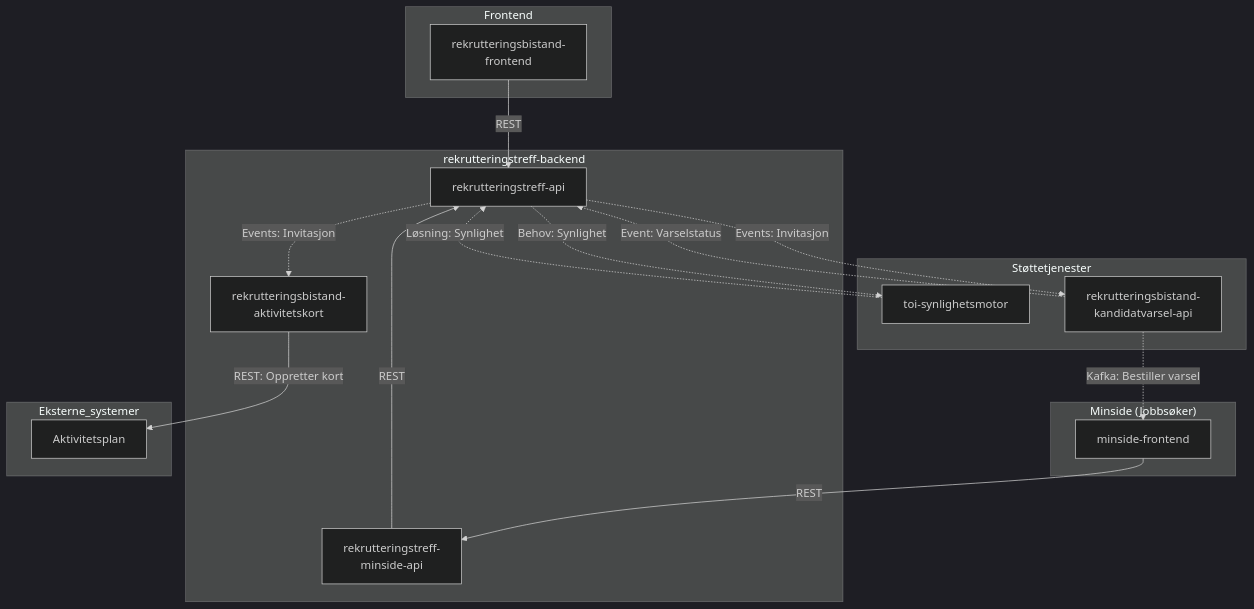
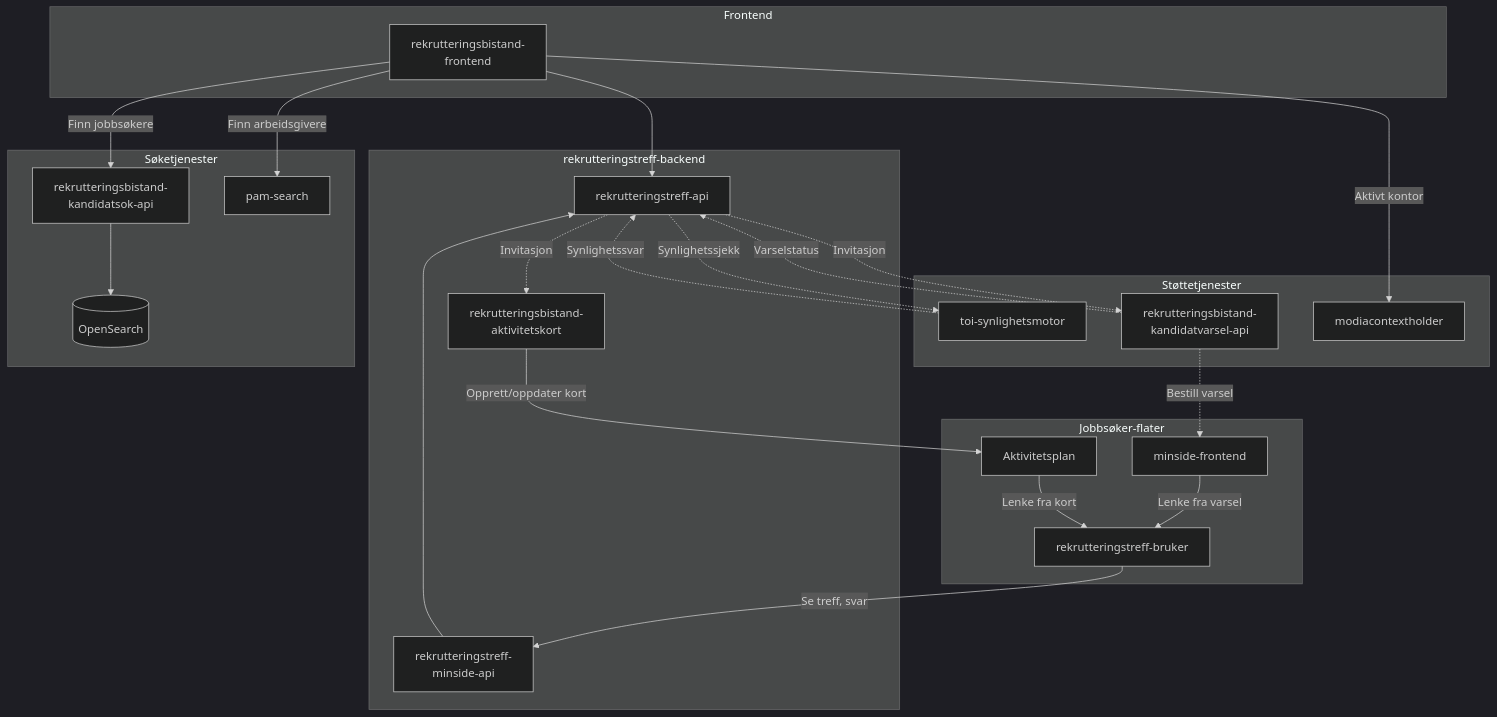
The diagram in docs/1-oversikt/oversikt.md (navikt/rekrutteringstreff-backend), drawn with Mermaid (dark theme) before and after one commit. The commit also changed other lines of this file and 13 other files, not shown here.

````diff
--- a/docs/1-oversikt/oversikt.md
+++ b/docs/1-oversikt/oversikt.md
@@ -17,41 +17,59 @@
 ```mermaid
 graph TD
     subgraph Frontend
         RBF[rekrutteringsbistand-<br/>frontend]
-    end
-
-    subgraph "Minside (Jobbsøker)"
-        MINSIDE_FE[minside-frontend]
     end
 
     subgraph "rekrutteringstreff-backend"
         API[rekrutteringstreff-api]
         MINSIDE_API[rekrutteringstreff-<br/>minside-api]
         AK[rekrutteringsbistand-<br/>aktivitetskort]
     end
 
     subgraph Støttetjenester
         SYN[toi-synlighetsmotor]
         VARSEL[rekrutteringsbistand-<br/>kandidatvarsel-api]
+        MODIA[modiacontextholder]
     end
 
-    subgraph Eksterne_systemer
-        AKTIVITET[Aktivitetsplan]
+    subgraph Søketjenester
+        KSOK[rekrutteringsbistand-<br/>kandidatsok-api]
+        OS[(OpenSearch)]
+        PAM[pam-search]
     end
 
-    %% Kommunikasjon (REST)
-    RBF -->|REST| API
-    MINSIDE_FE -->|REST| MINSIDE_API
-    MINSIDE_API -->|REST| API
-    AK -->|REST: Oppretter kort| AKTIVITET
+    subgraph "Jobbsøker-flater"
+        AKTIVITET[Aktivitetsplan]
+        MINSIDE_FE[minside-frontend]
+        RTB[rekrutteringstreff-bruker]
+    end
+
+    %% Frontend til backend
+    RBF --> API
+
+    %% Frontend til søketjenester
+    RBF -->|Finn jobbsøkere| KSOK
+    RBF -->|Finn arbeidsgivere| PAM
+    KSOK --> OS
+
+    %% Frontend til støttetjenester
+    RBF -->|Aktivt kontor| MODIA
+
+    %% Jobbsøker-flyt
+    RTB -->|Se treff, svar| MINSIDE_API
+    MINSIDE_API --> API
+    AK -->|Opprett/oppdater kort| AKTIVITET
+
+    %% Jobbsøker-innganger
+    MINSIDE_FE -->|Lenke fra varsel| RTB
+    AKTIVITET -->|Lenke fra kort| RTB
 
     %% Kafka-flyt (Rapids & Rivers)
-    %% Stiplet linje indikerer asynkron kommunikasjon via Kafka
-    API -.->|Events: Invitasjon| AK
-    API -.->|Events: Invitasjon| VARSEL
-    API -.->|Behov: Synlighet| SYN
-    VARSEL -.->|Kafka: Bestiller varsel| MINSIDE_FE
+    API -.->|Invitasjon| AK
+    API -.->|Invitasjon| VARSEL
+    API -.->|Synlighetssjekk| SYN
+    VARSEL -.->|Bestill varsel| MINSIDE_FE
 
-    SYN -.->|Løsning: Synlighet| API
-    VARSEL -.->|Event: Varselstatus| API
+    SYN -.->|Synlighetssvar| API
+    VARSEL -.->|Varselstatus| API
 ```
````
